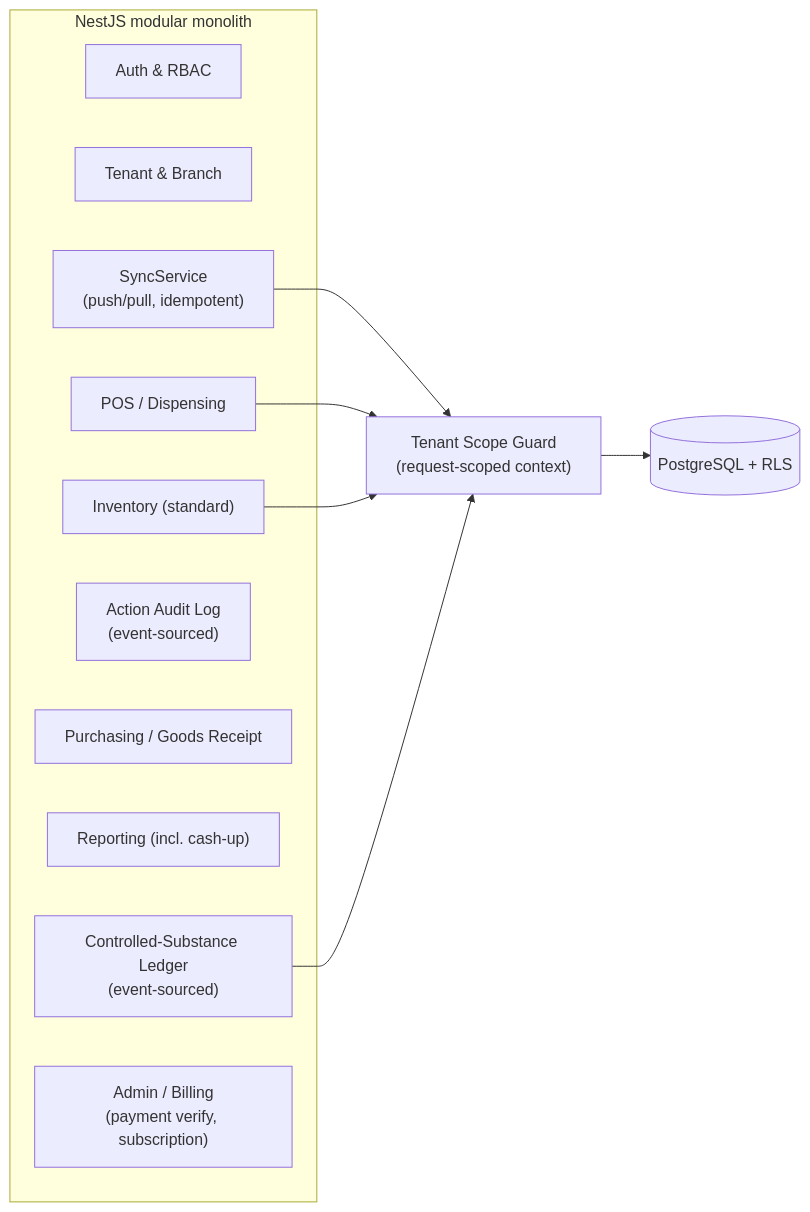
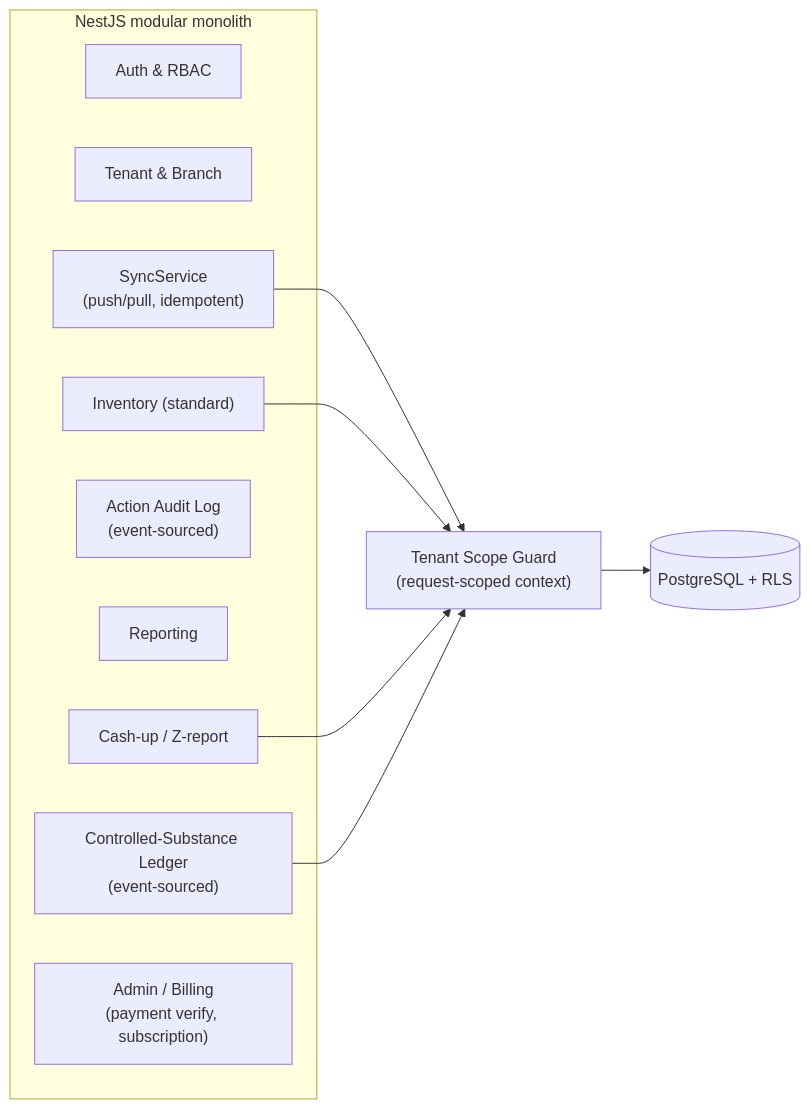
Before and after one commit to binaayal/pharma_Et: the third of 5 diagrams in docs/03-architecture.md, drawn with Mermaid. The commit also changed other lines of this file and 2 other files, not shown here.

````diff
--- a/docs/03-architecture.md
+++ b/docs/03-architecture.md
@@ -90,22 +90,21 @@
 ```mermaid
 flowchart LR
   subgraph nest["NestJS modular monolith"]
     auth["Auth & RBAC"]
     tenant["Tenant & Branch"]
     inv["Inventory (standard)"]
-    pos["POS / Dispensing"]
     ledger["Controlled-Substance Ledger<br/>(event-sourced)"]
     audit["Action Audit Log<br/>(event-sourced)"]
-    purch["Purchasing / Goods Receipt"]
-    report["Reporting (incl. cash-up)"]
+    report["Reporting"]
+    cashup["Cash-up / Z-report"]
     sync["SyncService<br/>(push/pull, idempotent)"]
     billing["Admin / Billing<br/>(payment verify, subscription)"]
   end
   scope["Tenant Scope Guard<br/>(request-scoped context)"]
 
   sync --> scope
-  pos --> scope
   inv --> scope
+  cashup --> scope
   ledger --> scope
   scope --> db[("PostgreSQL + RLS")]
 ```
````
